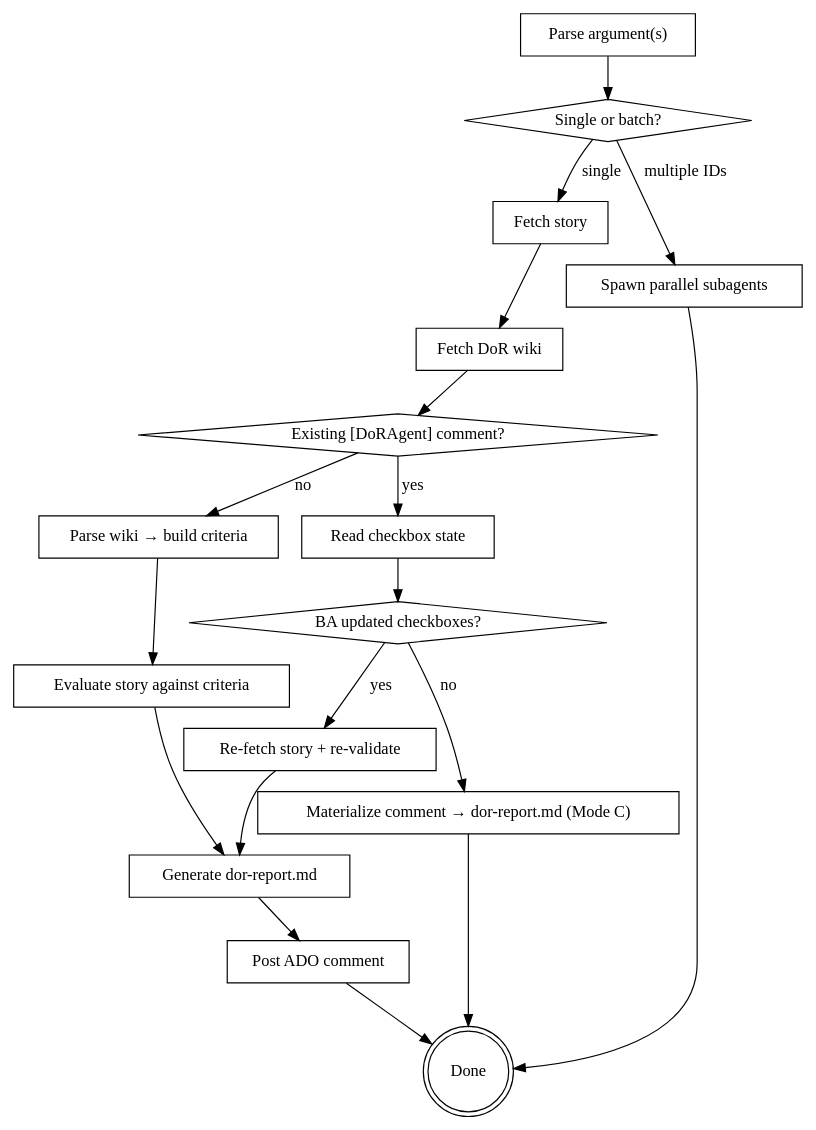
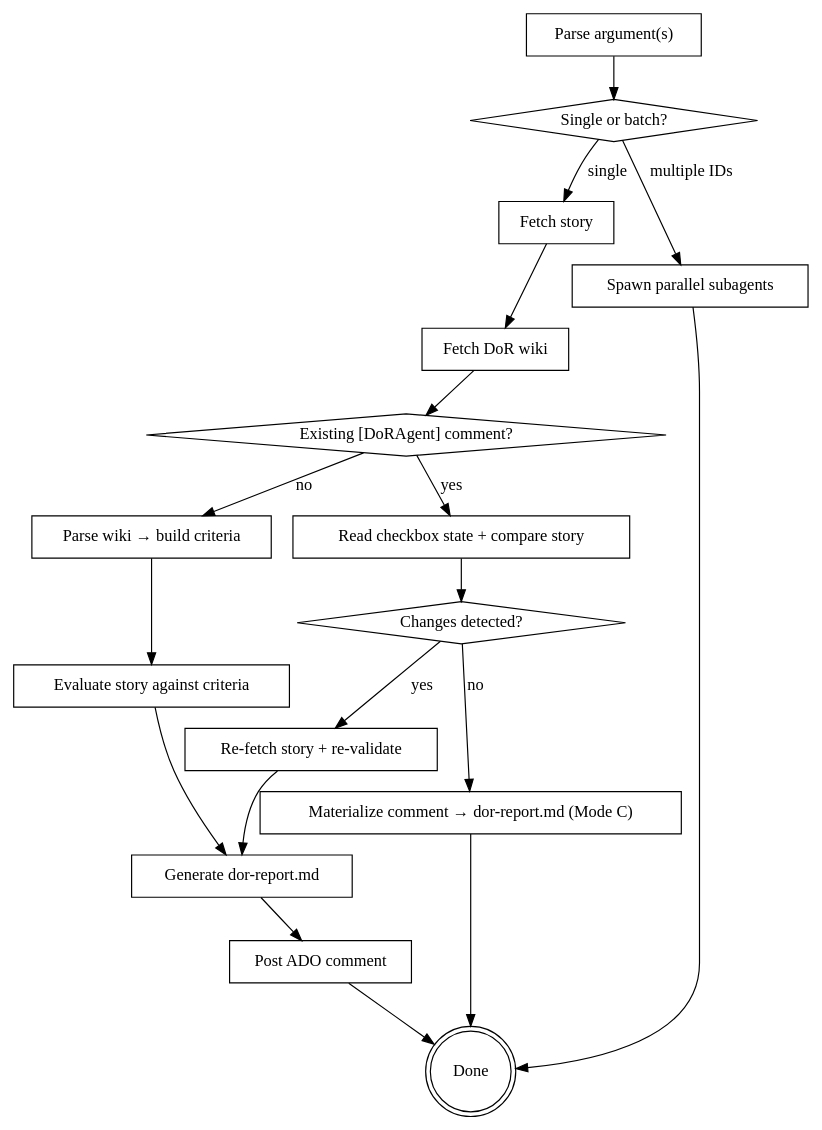
Before and after one commit to easingthemes/dx-aem-flow: the diagram in plugins/dx-core/skills/dx-dor/SKILL.md, drawn with Graphviz. The commit also changed other lines of this file and 1 other file, not shown here.

First line of the commit message:
fix: dx-dor re-validates on story changes, dx-req gate always enforced

````diff
--- a/plugins/dx-core/skills/dx-dor/SKILL.md
+++ b/plugins/dx-core/skills/dx-dor/SKILL.md
@@ -13,37 +13,37 @@
 ```dot
 digraph dx_dor {
     "Parse argument(s)" [shape=box];
     "Single or batch?" [shape=diamond];
     "Fetch story" [shape=box];
     "Fetch DoR wiki" [shape=box];
     "Existing [DoRAgent] comment?" [shape=diamond];
-    "Read checkbox state" [shape=box];
-    "BA updated checkboxes?" [shape=diamond];
+    "Read checkbox state + compare story" [shape=box];
+    "Changes detected?" [shape=diamond];
     "Re-fetch story + re-validate" [shape=box];
     "Materialize comment → dor-report.md (Mode C)" [shape=box];
     "Parse wiki → build criteria" [shape=box];
     "Evaluate story against criteria" [shape=box];
     "Generate dor-report.md" [shape=box];
     "Post ADO comment" [shape=box];
     "Done" [shape=doublecircle];
     "Spawn parallel subagents" [shape=box];
 
     "Parse argument(s)" -> "Single or batch?";
     "Single or batch?" -> "Fetch story" [label="single"];
     "Single or batch?" -> "Spawn parallel subagents" [label="multiple IDs"];
     "Spawn parallel subagents" -> "Done";
     "Fetch story" -> "Fetch DoR wiki";
     "Fetch DoR wiki" -> "Existing [DoRAgent] comment?";
-    "Existing [DoRAgent] comment?" -> "Read checkbox state" [label="yes"];
+    "Existing [DoRAgent] comment?" -> "Read checkbox state + compare story" [label="yes"];
     "Existing [DoRAgent] comment?" -> "Parse wiki → build criteria" [label="no"];
-    "Read checkbox state" -> "BA updated checkboxes?";
-    "BA updated checkboxes?" -> "Re-fetch story + re-validate" [label="yes"];
-    "BA updated checkboxes?" -> "Materialize comment → dor-report.md (Mode C)" [label="no"];
+    "Read checkbox state + compare story" -> "Changes detected?";
+    "Changes detected?" -> "Re-fetch story + re-validate" [label="yes"];
+    "Changes detected?" -> "Materialize comment → dor-report.md (Mode C)" [label="no"];
     "Re-fetch story + re-validate" -> "Generate dor-report.md";
     "Materialize comment → dor-report.md (Mode C)" -> "Done";
     "Parse wiki → build criteria" -> "Evaluate story against criteria";
     "Evaluate story against criteria" -> "Generate dor-report.md";
     "Generate dor-report.md" -> "Post ADO comment";
     "Post ADO comment" -> "Done";
 }
 ```
````
